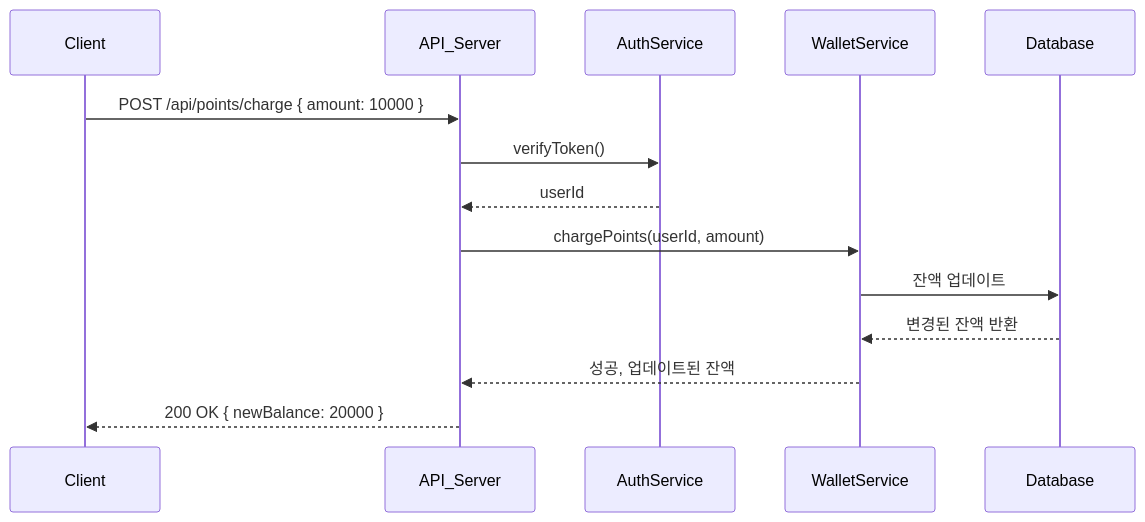
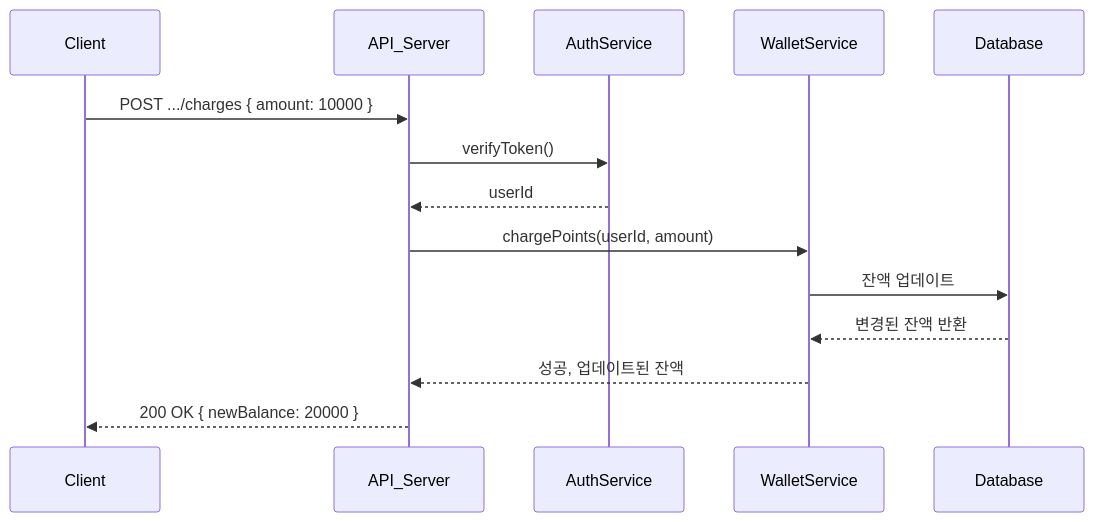
One commit to seho0808/hh-9-be-2 changed the first of 2 diagrams in docs/04-sequence-diagrams/01-wallet.md. Above: the diagram before and after it, drawn with Mermaid. The commit also changed other lines of this file and 6 other files, not shown here.

````diff
--- a/docs/04-sequence-diagrams/01-wallet.md
+++ b/docs/04-sequence-diagrams/01-wallet.md
@@ -5,20 +7,20 @@
 ```mermaid
 sequenceDiagram
 participant Client
 participant API_Server
 participant AuthService
 participant WalletService
 participant Database
 
-    Client->>API_Server: POST /api/points/charge { amount: 10000 }
+    Client->>API_Server: POST .../charges { amount: 10000 }
     API_Server->>AuthService: verifyToken()
     AuthService-->>API_Server: userId
 
 
     API_Server->>WalletService: chargePoints(userId, amount)
     WalletService->>Database: 잔액 업데이트
     Database-->>WalletService: 변경된 잔액 반환
     WalletService-->>API_Server: 성공, 업데이트된 잔액
 
     API_Server-->>Client: 200 OK { newBalance: 20000 }
 ```
````
